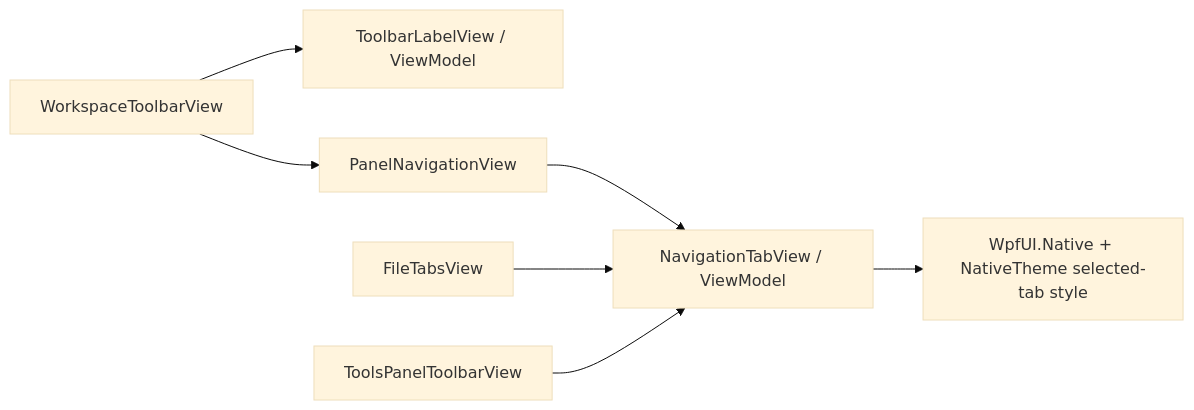
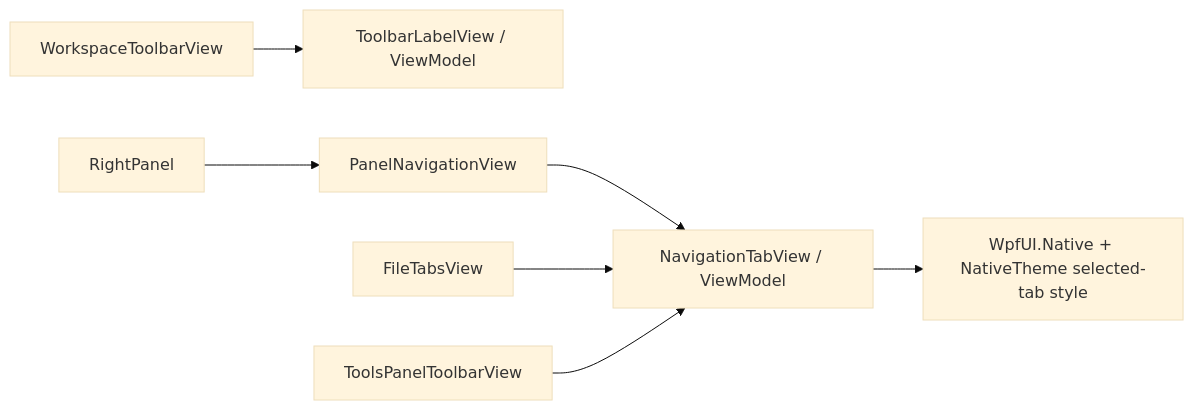
One commit to signalnotnoise/GuidedGrade changed diagram 22 of 38 in KNOWLEDGE_GRAPH.md. Above: the diagram before and after it, drawn with Mermaid (base theme). The commit also changed other lines of this file and 66 other files, not shown here.

````diff
--- a/KNOWLEDGE_GRAPH.md
+++ b/KNOWLEDGE_GRAPH.md
@@ -714,9 +714,9 @@
 ```mermaid
 flowchart LR
  Toolbar[WorkspaceToolbarView] --> Labels[ToolbarLabelView / ViewModel]
- Toolbar --> PanelTabs[PanelNavigationView]
+ RightPanel --> PanelTabs[PanelNavigationView]
  PanelTabs --> Tab[NavigationTabView / ViewModel]
  Files[FileTabsView] --> Tab
  Tools[ToolsPanelToolbarView] --> Tab
  Tab --> Adapter[WpfUI.Native + NativeTheme selected-tab style]
 ```
````
